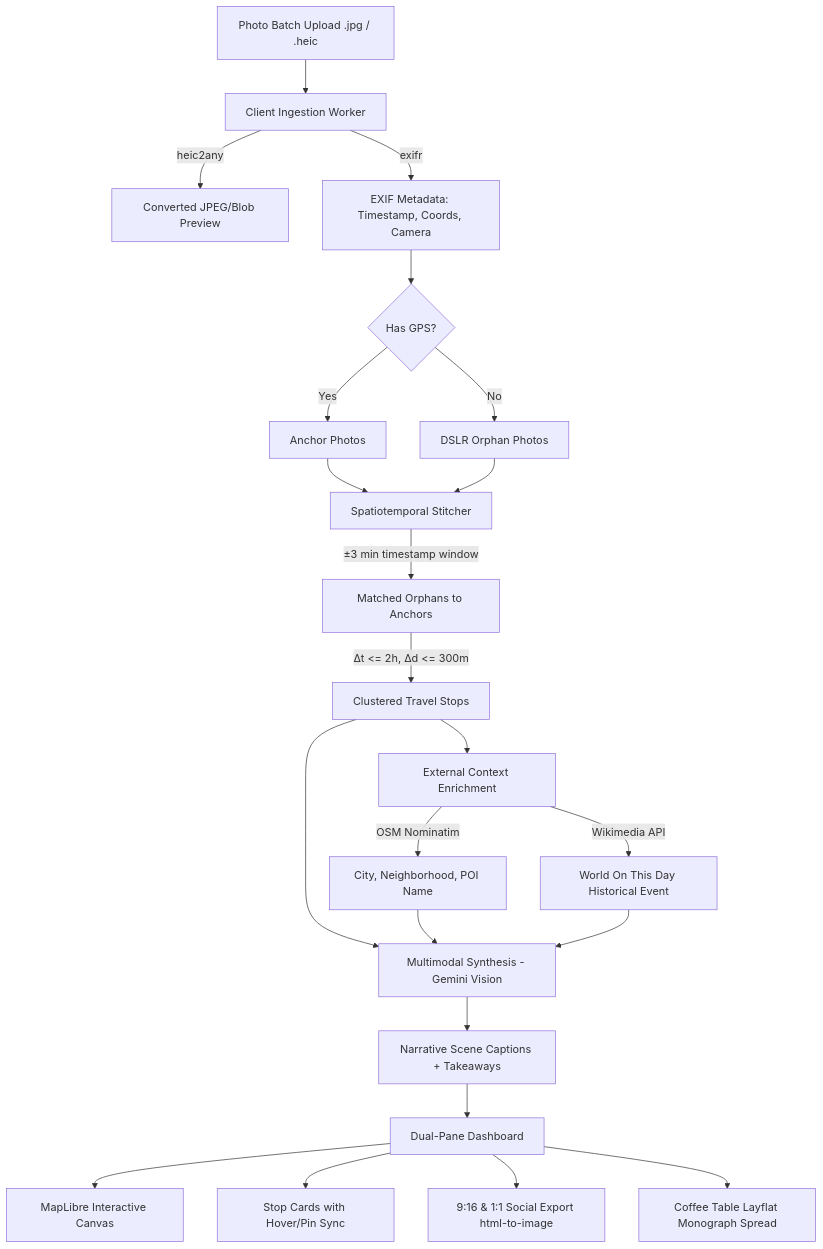
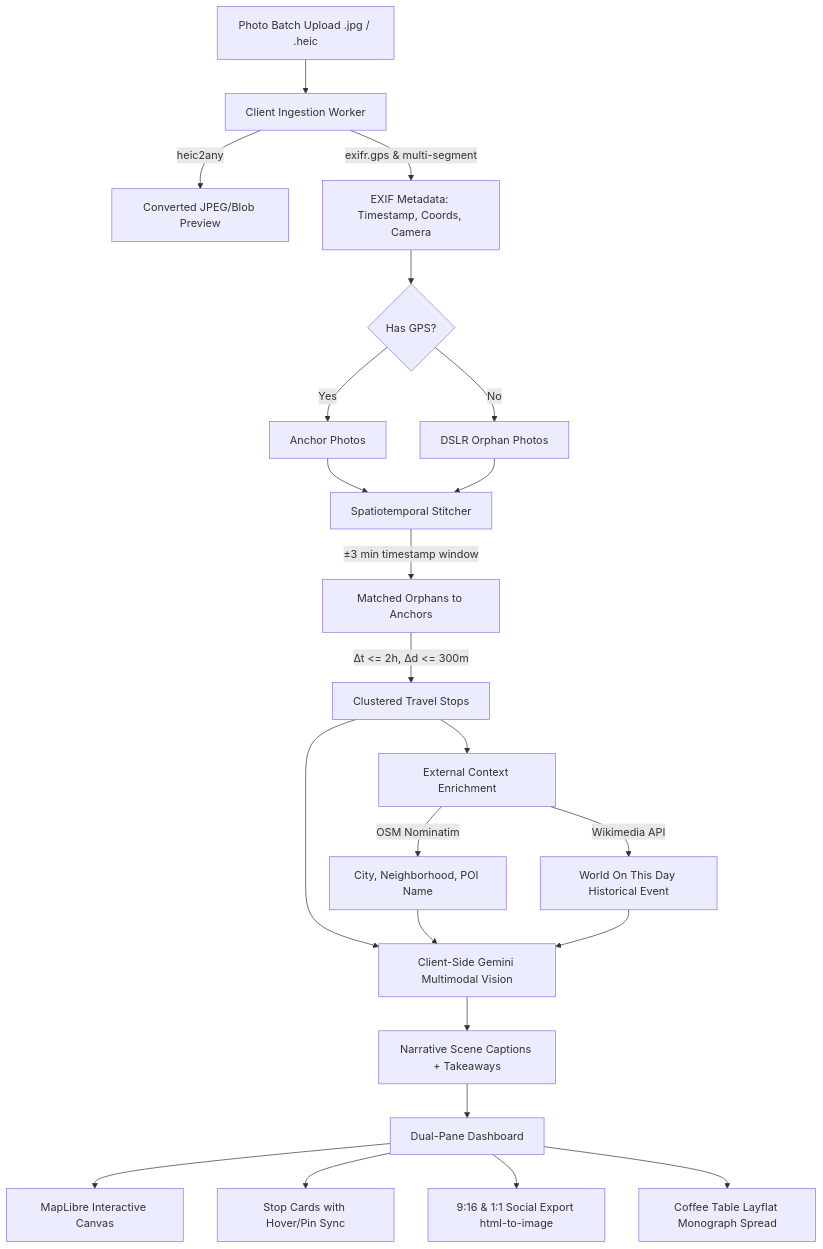
One commit to liploan/EpiLog changed the diagram in README.md. Above: the diagram before and after it, drawn with Mermaid. The commit also changed other lines of this file, not shown here.

````diff
--- a/README.md
+++ b/README.md
@@ -46,27 +61,27 @@
 ```mermaid
 flowchart TD
     A[Photo Batch Upload .jpg / .heic] --> B[Client Ingestion Worker]
     B -->|heic2any| C[Converted JPEG/Blob Preview]
-    B -->|exifr| D[EXIF Metadata: Timestamp, Coords, Camera]
+    B -->|exifr.gps & multi-segment| D[EXIF Metadata: Timestamp, Coords, Camera]
     
     D --> E{Has GPS?}
     E -->|Yes| F[Anchor Photos]
     E -->|No| G[DSLR Orphan Photos]
     
     F & G --> H[Spatiotemporal Stitcher]
     H -->|±3 min timestamp window| I[Matched Orphans to Anchors]
     I -->|Δt <= 2h, Δd <= 300m| J[Clustered Travel Stops]
     
     J --> K[External Context Enrichment]
     K -->|OSM Nominatim| L[City, Neighborhood, POI Name]
     K -->|Wikimedia API| M[World On This Day Historical Event]
     
-    J & L & M --> N[Multimodal Synthesis - Gemini Vision]
+    J & L & M --> N[Client-Side Gemini Multimodal Vision]
     N --> O[Narrative Scene Captions + Takeaways]
     
     O --> P[Dual-Pane Dashboard]
     P --> Q[MapLibre Interactive Canvas]
     P --> R[Stop Cards with Hover/Pin Sync]
     P --> S[9:16 & 1:1 Social Export html-to-image]
     P --> T[Coffee Table Layflat Monograph Spread]
 ```
````
